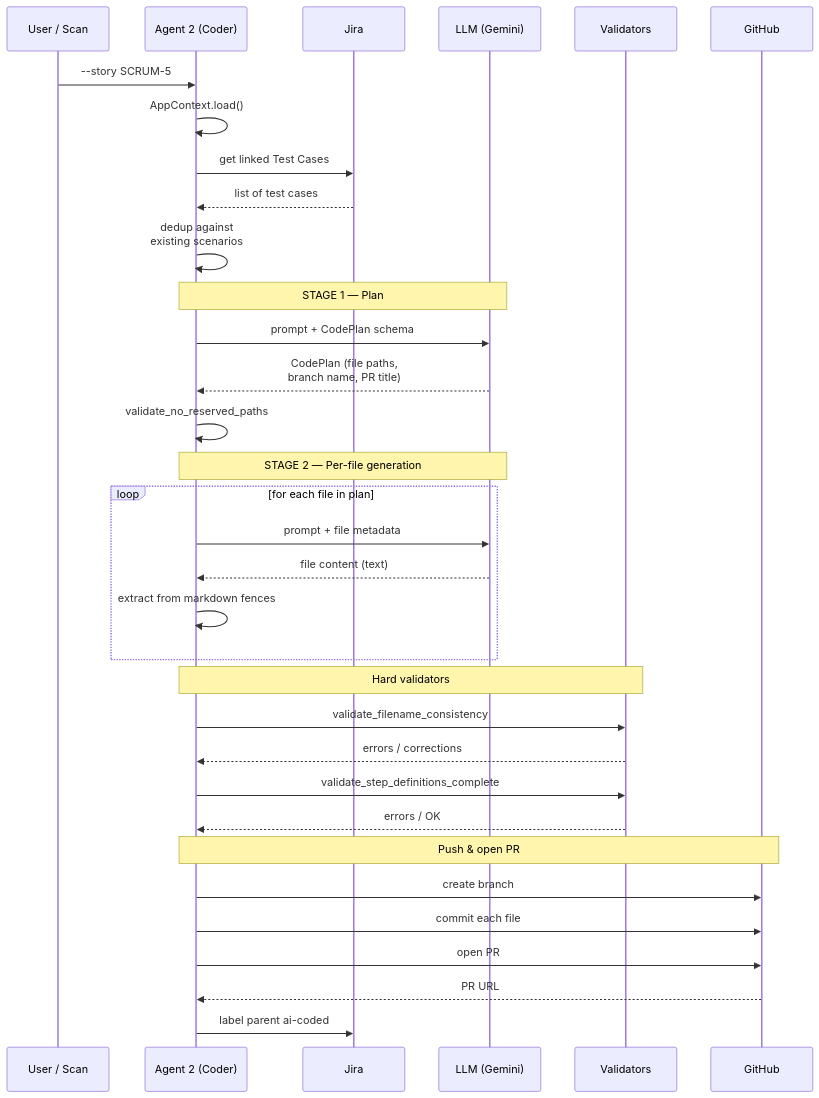
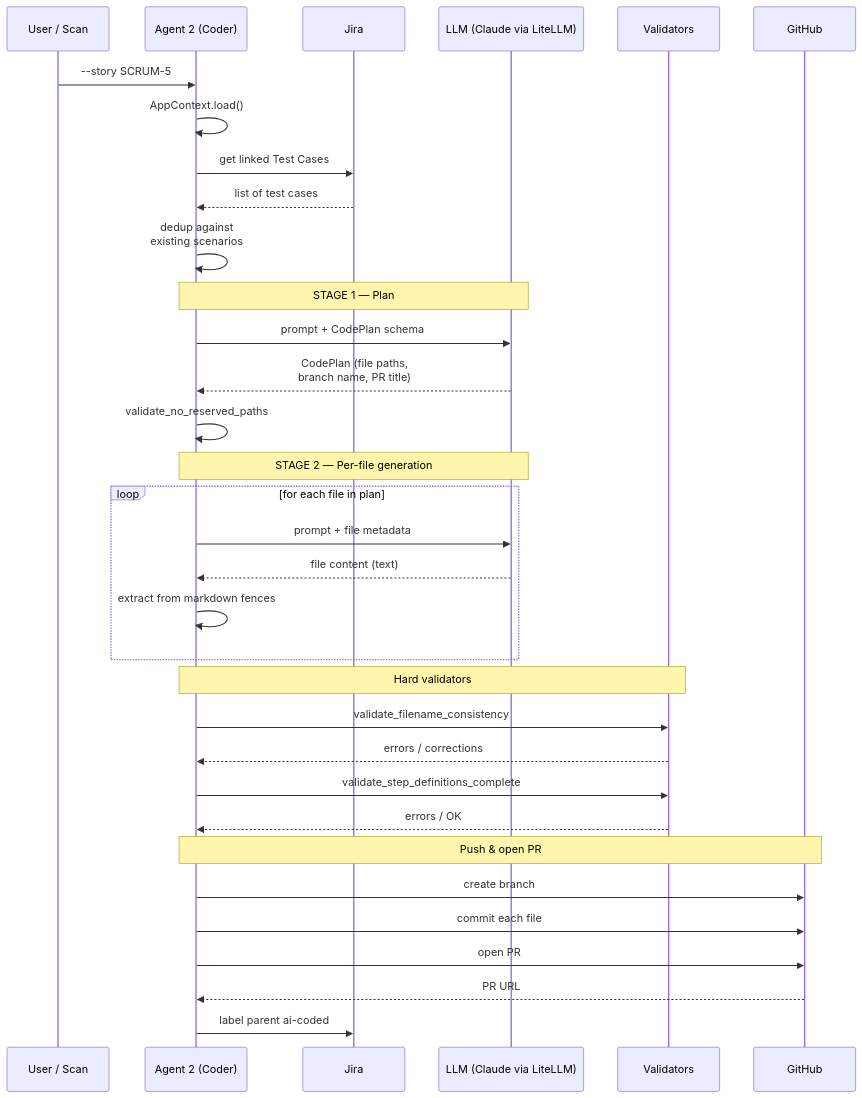
The fourth of 5 diagrams in docs/GUIDE.md (rajiniottesting-coder/multi-agent-test-automation), drawn with Mermaid before and after one commit. The commit also changed other lines of this file and 14 other files, not shown here.

````diff
--- a/docs/GUIDE.md
+++ b/docs/GUIDE.md
@@ -721,40 +721,40 @@
 ```mermaid
 sequenceDiagram
     participant U as User / Scan
     participant A2 as Agent 2 (Coder)
     participant J as Jira
-    participant L as LLM (Gemini)
+    participant L as LLM (Claude via LiteLLM)
     participant V as Validators
     participant G as GitHub
 
     U->>A2: --story SCRUM-5
     A2->>A2: AppContext.load()
     A2->>J: get linked Test Cases
     J-->>A2: list of test cases
     A2->>A2: dedup against<br/>existing scenarios
 
     Note over A2,L: STAGE 1 — Plan
     A2->>L: prompt + CodePlan schema
     L-->>A2: CodePlan (file paths,<br/>branch name, PR title)
     A2->>A2: validate_no_reserved_paths
 
     Note over A2,L: STAGE 2 — Per-file generation
     loop for each file in plan
         A2->>L: prompt + file metadata
         L-->>A2: file content (text)
         A2->>A2: extract from markdown fences
     end
 
     Note over A2,V: Hard validators
     A2->>V: validate_filename_consistency
     V-->>A2: errors / corrections
     A2->>V: validate_step_definitions_complete
     V-->>A2: errors / OK
 
     Note over A2,G: Push & open PR
     A2->>G: create branch
     A2->>G: commit each file
     A2->>G: open PR
     G-->>A2: PR URL
     A2->>J: label parent ai-coded
 ```
````
